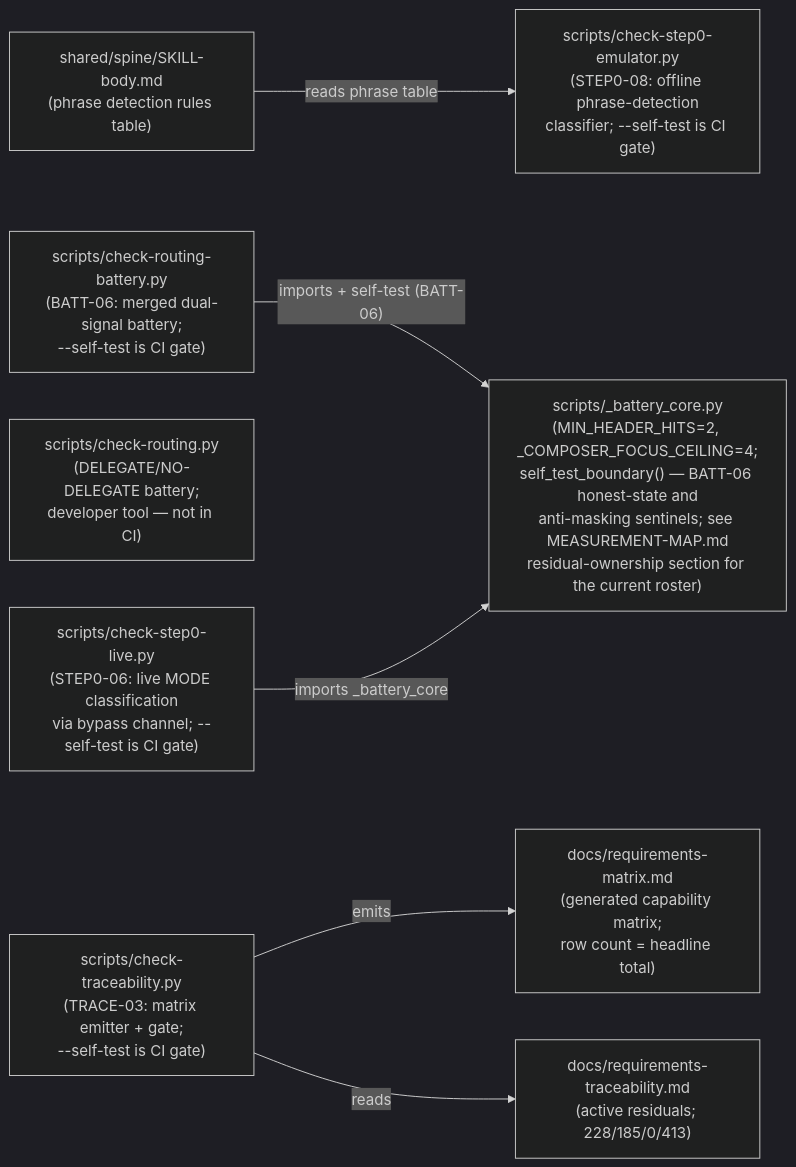
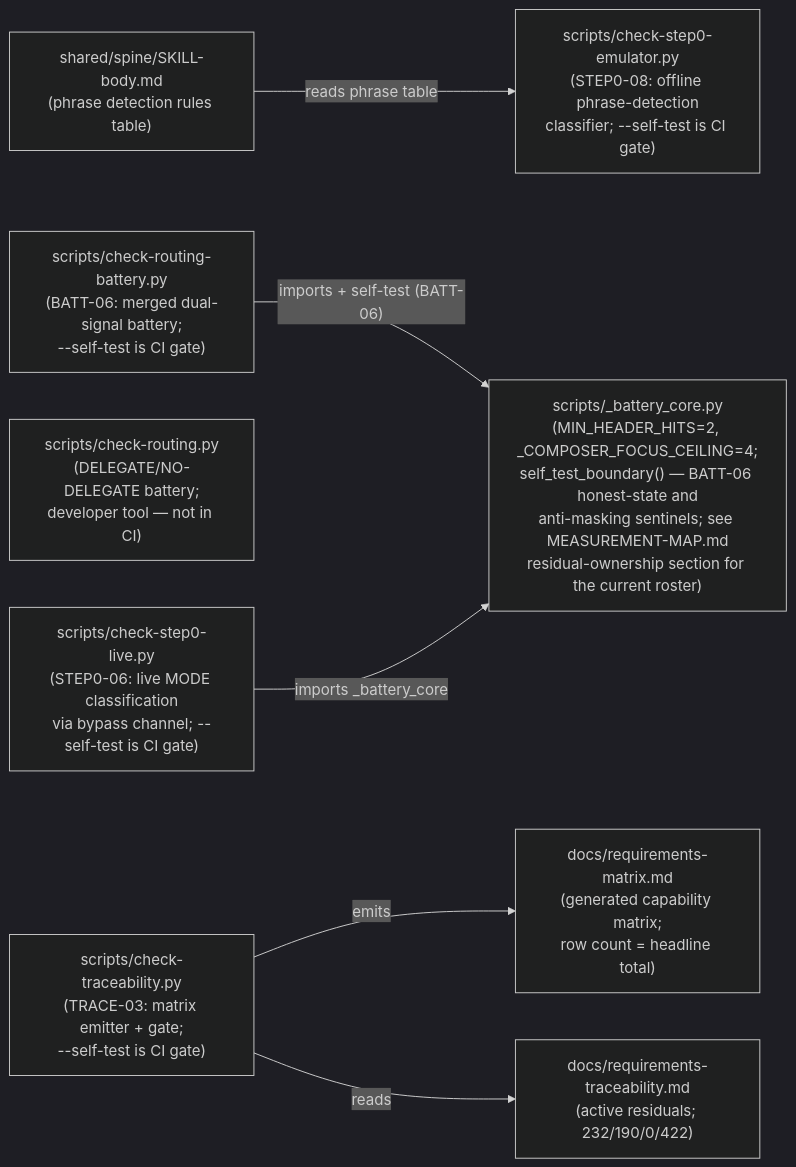
Before and after one commit to chrisdavidson/first-principles-skill: the second of 2 diagrams in docs/COMPONENT-DIAGRAM.md, drawn with Mermaid (dark theme). The commit also changed 9 other files, not shown here.

````diff
--- a/docs/COMPONENT-DIAGRAM.md
+++ b/docs/COMPONENT-DIAGRAM.md
@@ -84,24 +84,24 @@
 ```mermaid
 flowchart LR
     SKILLBODY["shared/spine/SKILL-body.md\n(phrase detection rules table)"]
 
     CORE["scripts/_battery_core.py\n(MIN_HEADER_HITS=2, _COMPOSER_FOCUS_CEILING=4;\nself_test_boundary() — BATT-06 honest-state and\nanti-masking sentinels; see MEASUREMENT-MAP.md\nresidual-ownership section for the current roster)"]
 
     BATT["scripts/check-routing-battery.py\n(BATT-06: merged dual-signal battery;\n--self-test is CI gate)"]
     ROUTING["scripts/check-routing.py\n(DELEGATE/NO-DELEGATE battery;\ndeveloper tool — not in CI)"]
 
     EMU["scripts/check-step0-emulator.py\n(STEP0-08: offline phrase-detection\nclassifier; --self-test is CI gate)"]
     LIVE["scripts/check-step0-live.py\n(STEP0-06: live MODE classification\nvia bypass channel; --self-test is CI gate)"]
 
     TRACE["scripts/check-traceability.py\n(TRACE-03: matrix emitter + gate;\n--self-test is CI gate)"]
     MATRIX["docs/requirements-matrix.md\n(generated capability matrix;\nrow count = headline total)"]
-    TRACEABILITY["docs/requirements-traceability.md\n(active residuals; 228/185/0/413)"]
+    TRACEABILITY["docs/requirements-traceability.md\n(active residuals; 232/190/0/422)"]
 
     SKILLBODY -->|"reads phrase table"| EMU
 
     BATT -->|"imports + self-test (BATT-06)"| CORE
     LIVE -->|"imports _battery_core"| CORE
 
     TRACE -->|"emits"| MATRIX
     TRACE -->|"reads"| TRACEABILITY
 ```
````
